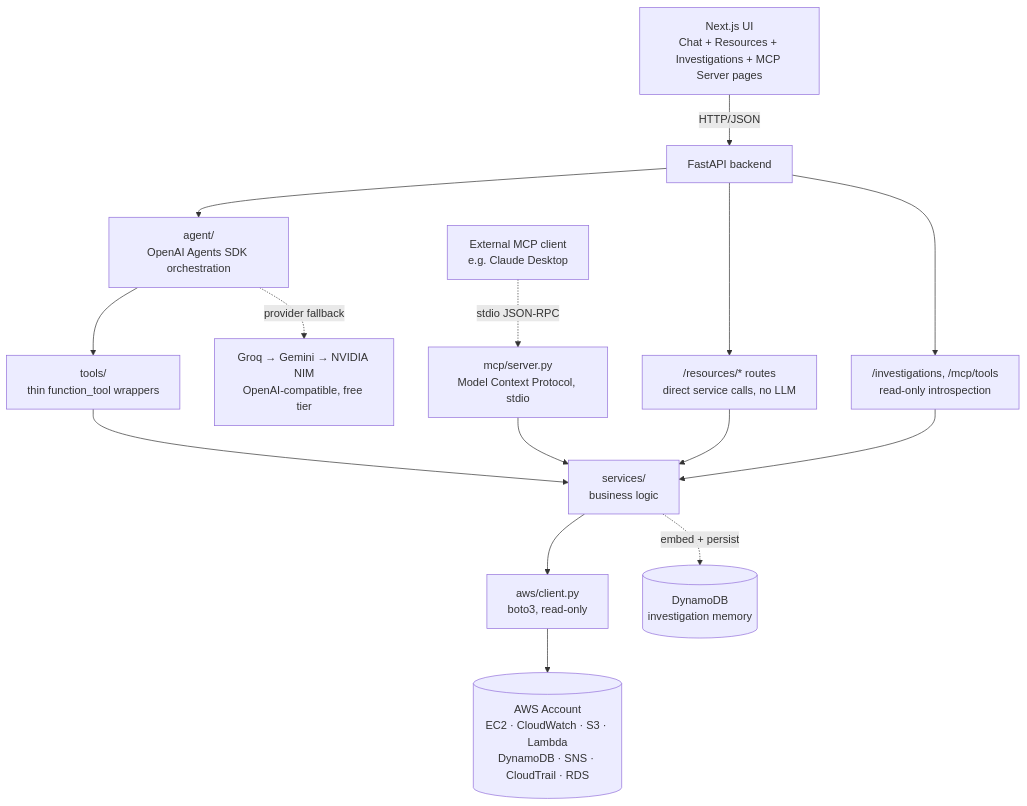
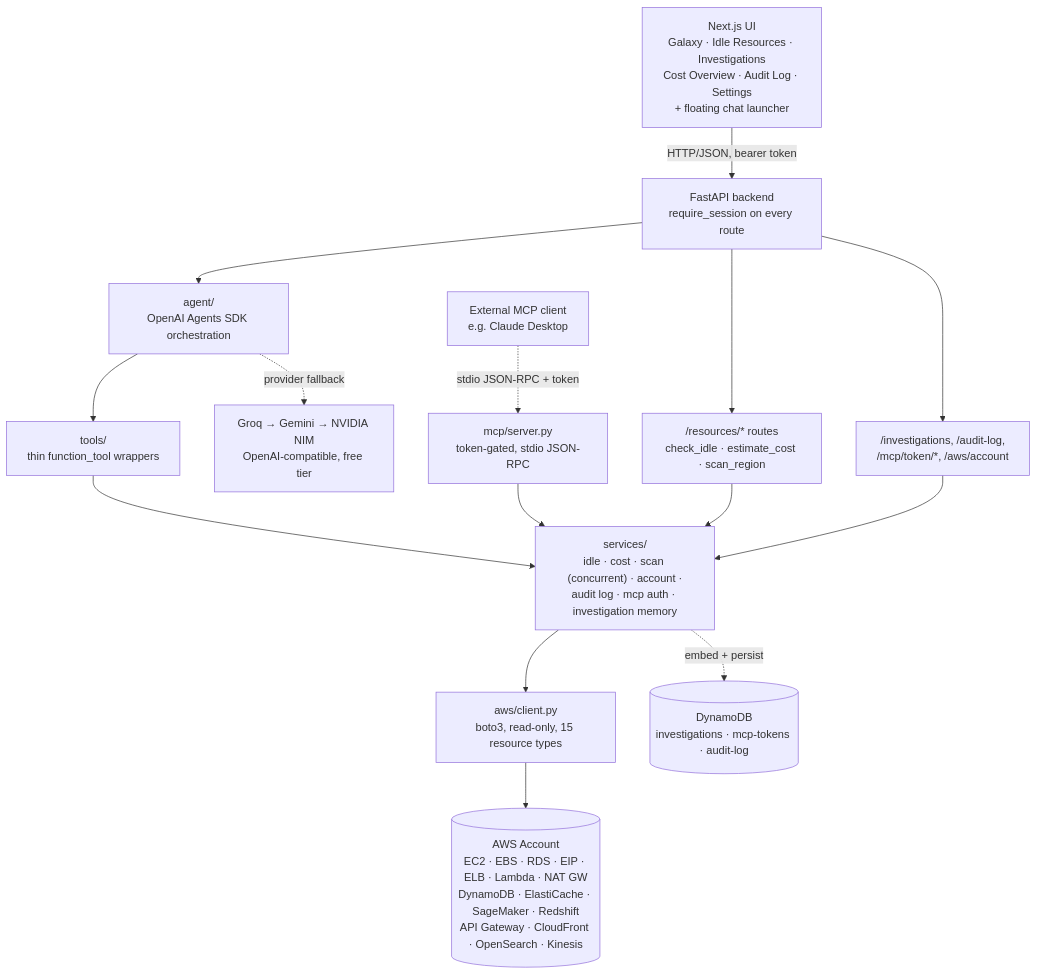
Before and after one commit to ahmad2474/opspilot-ai: the diagram in README.md, drawn with Mermaid. The commit also changed other lines of this file and 148 other files, not shown here.

````diff
--- a/README.md
+++ b/README.md
@@ -27,17 +66,17 @@
 ```mermaid
 flowchart TD
-    UI["Next.js UI<br/>Chat + Resources + Investigations + MCP Server pages"] -->|HTTP/JSON| API["FastAPI backend"]
+    UI["Next.js UI<br/>Galaxy · Idle Resources · Investigations<br/>Cost Overview · Audit Log · Settings<br/>+ floating chat launcher"] -->|HTTP/JSON, bearer token| API["FastAPI backend<br/>require_session on every route"]
     API --> Agent["agent/<br/>OpenAI Agents SDK orchestration"]
-    API --> Resources["/resources/* routes<br/>direct service calls, no LLM"]
-    API --> Info["/investigations, /mcp/tools<br/>read-only introspection"]
+    API --> Resources["/resources/* routes<br/>check_idle · estimate_cost · scan_region"]
+    API --> Info["/investigations, /audit-log,<br/>/mcp/token/*, /aws/account"]
     Agent --> Tools["tools/<br/>thin function_tool wrappers"]
-    Tools --> Services["services/<br/>business logic"]
+    Tools --> Services["services/<br/>idle · cost · scan (concurrent) · account ·<br/>audit log · mcp auth · investigation memory"]
     Resources --> Services
     Info --> Services
-    MCP["mcp/server.py<br/>Model Context Protocol, stdio"] --> Services
-    ExternalMCP["External MCP client<br/>e.g. Claude Desktop"] -.->|stdio JSON-RPC| MCP
-    Services --> AWSClient["aws/client.py<br/>boto3, read-only"]
-    AWSClient --> Cloud[("AWS Account<br/>EC2 · CloudWatch · S3 · Lambda<br/>DynamoDB · SNS · CloudTrail · RDS")]
-    Services -.->|embed + persist| DynamoRAG[("DynamoDB<br/>investigation memory")]
+    MCP["mcp/server.py<br/>token-gated, stdio JSON-RPC"] --> Services
+    ExternalMCP["External MCP client<br/>e.g. Claude Desktop"] -.->|stdio JSON-RPC + token| MCP
+    Services --> AWSClient["aws/client.py<br/>boto3, read-only, 15 resource types"]
+    AWSClient --> Cloud[("AWS Account<br/>EC2 · EBS · RDS · EIP · ELB · Lambda · NAT GW<br/>DynamoDB · ElastiCache · SageMaker · Redshift<br/>API Gateway · CloudFront · OpenSearch · Kinesis")]
+    Services -.->|embed + persist| DynamoRAG[("DynamoDB<br/>investigations · mcp-tokens · audit-log")]
     Agent -.->|provider fallback| LLM["Groq → Gemini → NVIDIA NIM<br/>OpenAI-compatible, free tier"]
 ```
````
